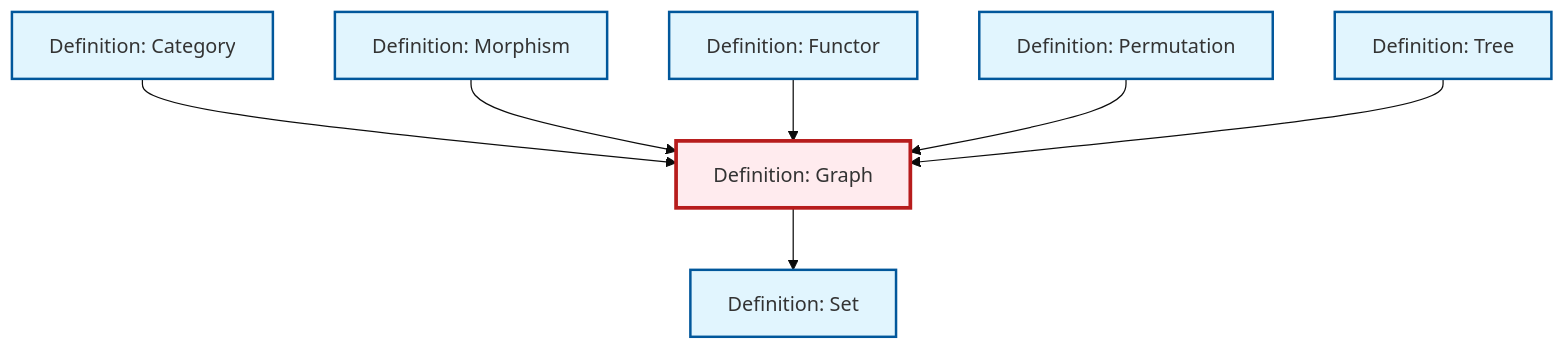
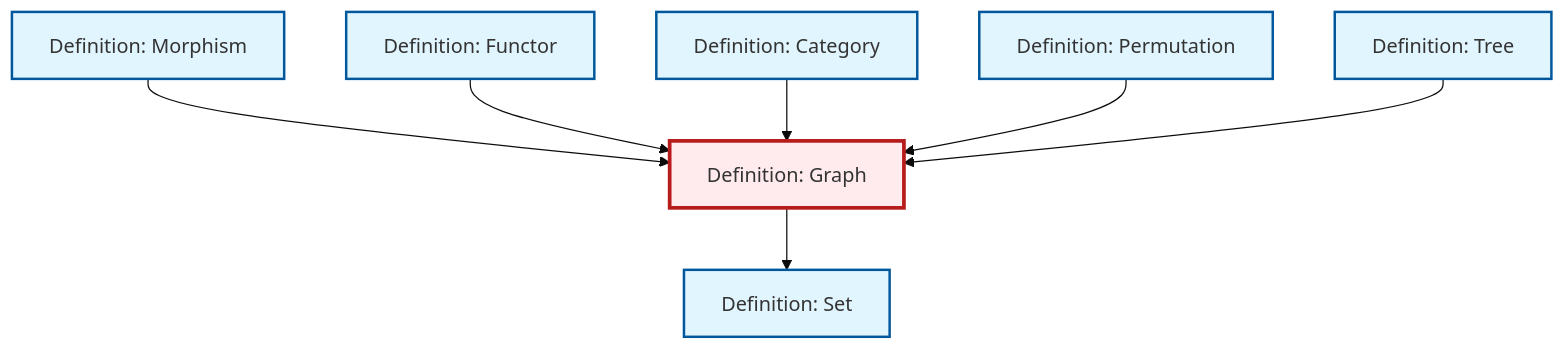
One commit to RK0429/ModernMath changed the diagram in content/en/combinatorics/def-graph.qmd. Above: the diagram before and after it, drawn with Mermaid (base theme). The commit also changed other lines of this file and 1012 other files, not shown here.

````diff
--- a/content/en/combinatorics/def-graph.qmd
+++ b/content/en/combinatorics/def-graph.qmd
@@ -93,29 +93,29 @@
 ```{mermaid}
 %%| fig-cap: "Local dependency graph"
 graph TD
     classDef definition fill:#e1f5fe,stroke:#01579b,stroke-width:2px
     classDef theorem fill:#f3e5f5,stroke:#4a148c,stroke-width:2px
     classDef axiom fill:#fff3e0,stroke:#e65100,stroke-width:2px
     classDef example fill:#e8f5e9,stroke:#1b5e20,stroke-width:2px
     classDef current fill:#ffebee,stroke:#b71c1c,stroke-width:3px
-    def-category["Definition: Category"]:::definition
-    def-graph["Definition: Graph"]:::definition
     def-set["Definition: Set"]:::definition
     def-permutation["Definition: Permutation"]:::definition
+    def-graph["Definition: Graph"]:::definition
+    def-category["Definition: Category"]:::definition
+    def-functor["Definition: Functor"]:::definition
+    def-morphism["Definition: Morphism"]:::definition
     def-tree["Definition: Tree"]:::definition
-    def-morphism["Definition: Morphism"]:::definition
-    def-functor["Definition: Functor"]:::definition
-    def-category --> def-graph
     def-graph --> def-set
     def-morphism --> def-graph
     def-functor --> def-graph
+    def-category --> def-graph
     def-permutation --> def-graph
     def-tree --> def-graph
     class def-graph current
-    click def-category "def-category.html" "Go to Category definition"
     click def-set "def-set.html" "Go to Set definition"
     click def-permutation "def-permutation.html" "Go to Permutation definition"
+    click def-category "def-category.html" "Go to Category definition"
+    click def-functor "def-functor.html" "Go to Functor definition"
+    click def-morphism "def-morphism.html" "Go to Morphism definition"
     click def-tree "def-tree.html" "Go to Tree definition"
-    click def-morphism "def-morphism.html" "Go to Morphism definition"
-    click def-functor "def-functor.html" "Go to Functor definition"
 ```
````
